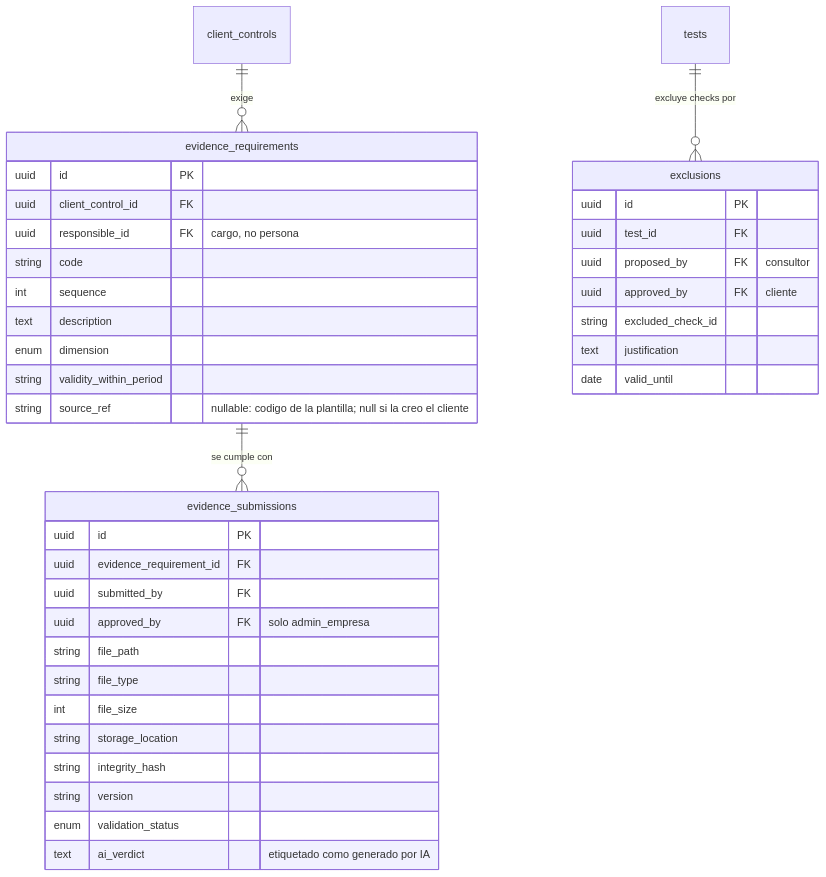
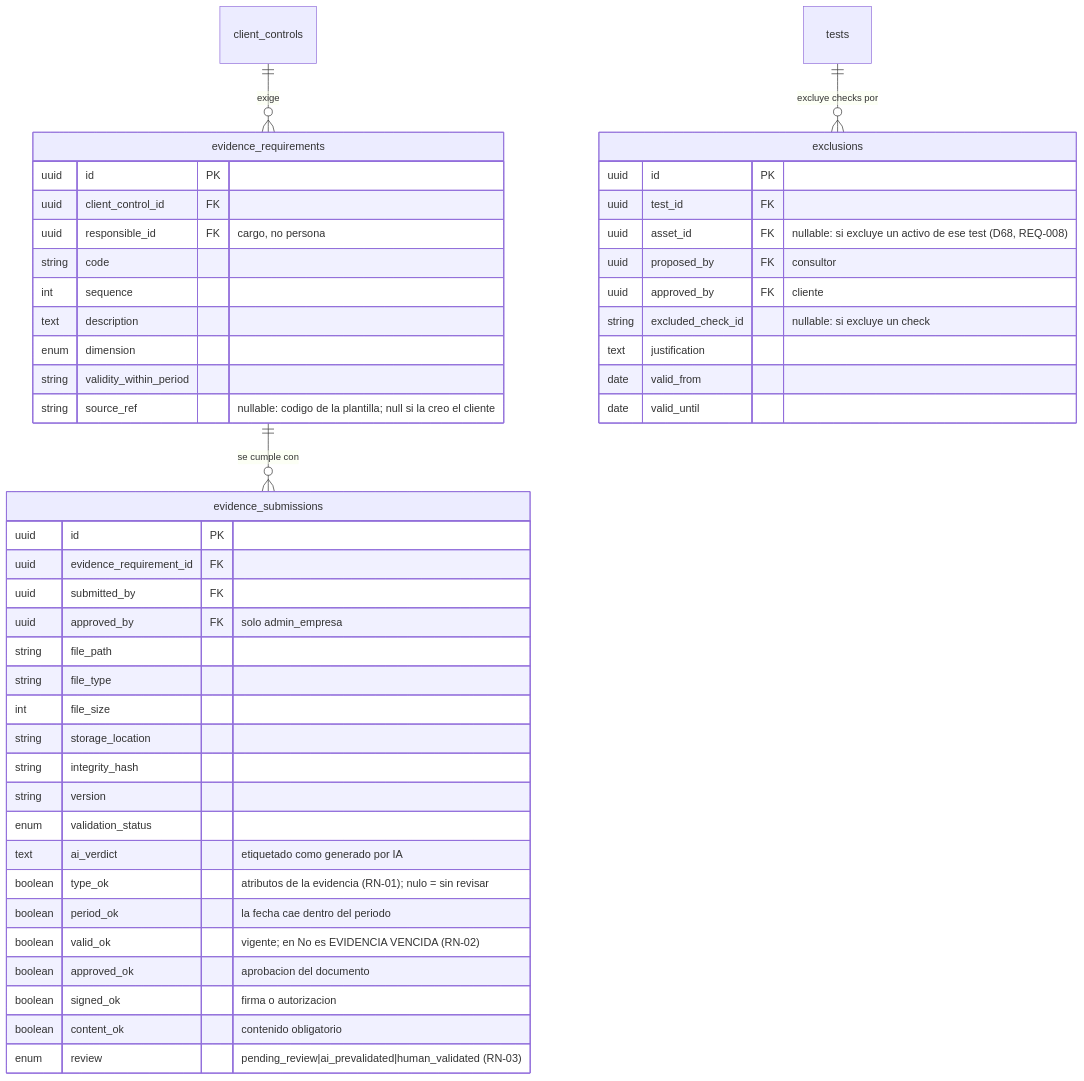
The third of 5 diagrams in skills/product/monkey-compliance-council/references/datos/modelo/07-cumplimiento.md (Monkey-GRC/Monkey-Brain-IA), drawn with Mermaid before and after one commit. The commit also changed other lines of this file and 23 other files, not shown here.

````diff
--- a/skills/product/monkey-compliance-council/references/datos/modelo/07-cumplimiento.md
+++ b/skills/product/monkey-compliance-council/references/datos/modelo/07-cumplimiento.md
@@ -205,40 +211,49 @@
 ```mermaid
 erDiagram
     evidence_requirements {
         uuid id PK
         uuid client_control_id FK
         uuid responsible_id FK "cargo, no persona"
         string code
         int sequence
         text description
         enum dimension
         string validity_within_period
         string source_ref "nullable: codigo de la plantilla; null si la creo el cliente"
     }
     evidence_submissions {
         uuid id PK
         uuid evidence_requirement_id FK
         uuid submitted_by FK
         uuid approved_by FK "solo admin_empresa"
         string file_path
         string file_type
         int file_size
         string storage_location
         string integrity_hash
         string version
         enum validation_status
         text ai_verdict "etiquetado como generado por IA"
+        boolean type_ok "atributos de la evidencia (RN-01); nulo = sin revisar"
+        boolean period_ok "la fecha cae dentro del periodo"
+        boolean valid_ok "vigente; en No es EVIDENCIA VENCIDA (RN-02)"
+        boolean approved_ok "aprobacion del documento"
+        boolean signed_ok "firma o autorizacion"
+        boolean content_ok "contenido obligatorio"
+        enum review "pending_review|ai_prevalidated|human_validated (RN-03)"
     }
     exclusions {
         uuid id PK
         uuid test_id FK
+        uuid asset_id FK "nullable: si excluye un activo de ese test (D68, REQ-008)"
         uuid proposed_by FK "consultor"
         uuid approved_by FK "cliente"
-        string excluded_check_id
+        string excluded_check_id "nullable: si excluye un check"
         text justification
+        date valid_from
         date valid_until
     }
     client_controls ||--o{ evidence_requirements : "exige"
     evidence_requirements ||--o{ evidence_submissions : "se cumple con"
     tests ||--o{ exclusions : "excluye checks por"
 ```
````
